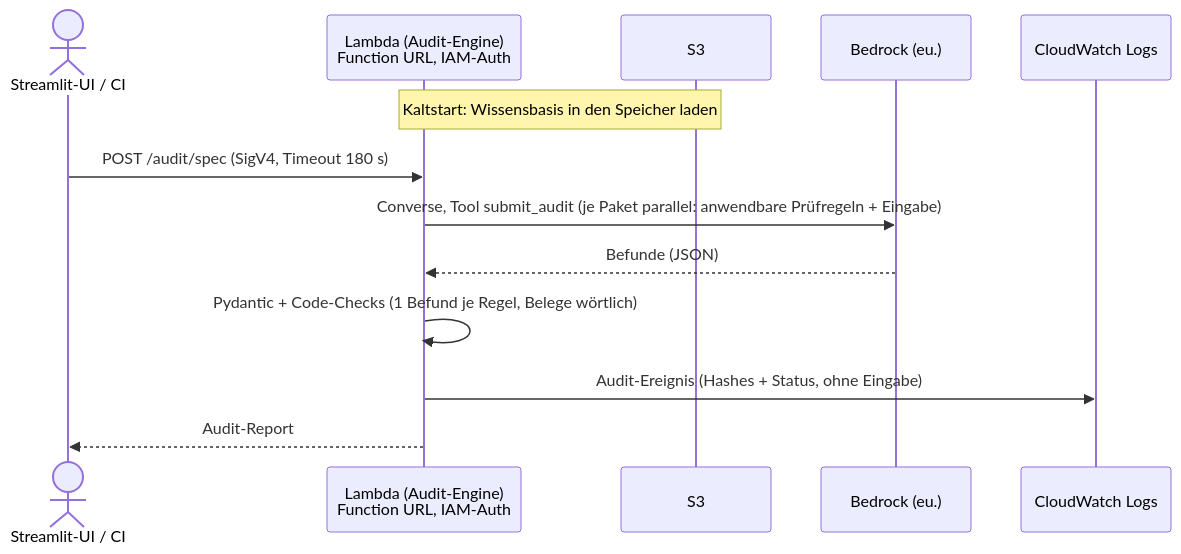
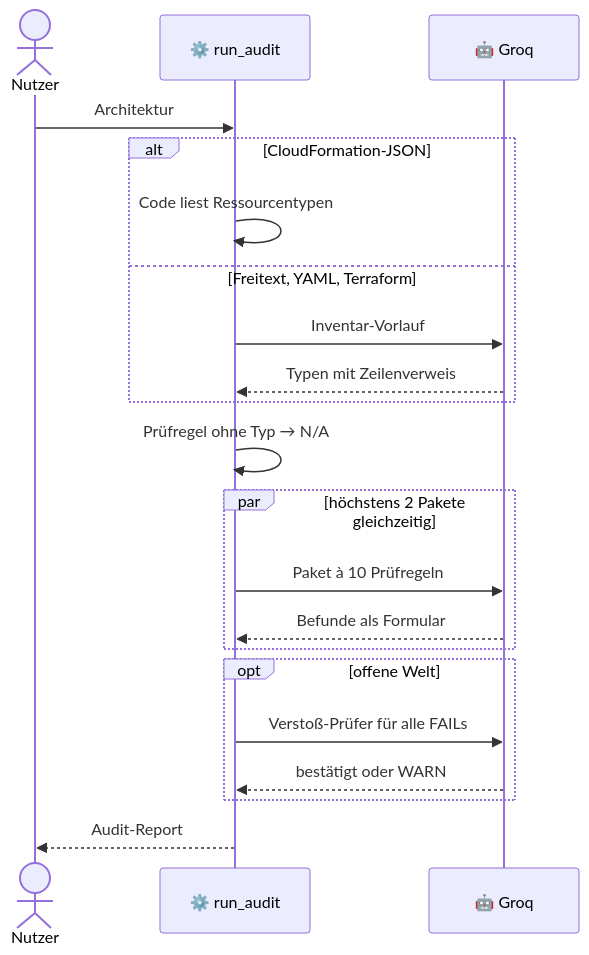
The seventh of 10 diagrams in docs/ARCHITECTURE.md (Daniel74/GovGuard), drawn with Mermaid before and after one commit. The commit also changed other lines of this file and 35 other files, not shown here.

First line of the commit message:
#63 #64 DESIGN und ARCHITECTURE nach Methodik: Konventionen, D1–D15, arc42, Drift-Tests

````diff
--- a/docs/ARCHITECTURE.md
+++ b/docs/ARCHITECTURE.md
@@ -155,15 +397,23 @@
 ```mermaid
 sequenceDiagram
-  actor U as Streamlit-UI / CI
-  participant L as Lambda (Audit-Engine)<br/>Function URL, IAM-Auth
-  participant S3 as S3
-  participant B as Bedrock (eu.)
-  participant CW as CloudWatch Logs
-  Note over L,S3: Kaltstart: Wissensbasis in den Speicher laden
-  U->>L: POST /audit/spec (SigV4, Timeout 180 s)
-  L->>B: Converse, Tool submit_audit (je Paket parallel: anwendbare Prüfregeln + Eingabe)
-  B-->>L: Befunde (JSON)
-  L->>L: Pydantic + Code-Checks (1 Befund je Regel, Belege wörtlich)
-  L->>CW: Audit-Ereignis (Hashes + Status, ohne Eingabe)
-  L-->>U: Audit-Report
+  actor U as Nutzer
+  participant AE as ⚙️ run_audit
+  participant M as 🤖 Groq
+  U->>AE: Architektur
+  alt CloudFormation-JSON
+    AE->>AE: Code liest Ressourcentypen
+  else Freitext, YAML, Terraform
+    AE->>M: Inventar-Vorlauf
+    M-->>AE: Typen mit Zeilenverweis
+  end
+  AE->>AE: Prüfregel ohne Typ → N/A
+  par höchstens 2 Pakete gleichzeitig
+    AE->>M: Paket à 10 Prüfregeln
+    M-->>AE: Befunde als Formular
+  end
+  opt offene Welt
+    AE->>M: Verstoß-Prüfer für alle FAILs
+    M-->>AE: bestätigt oder WARN
+  end
+  AE-->>U: Audit-Report
 ```
````
